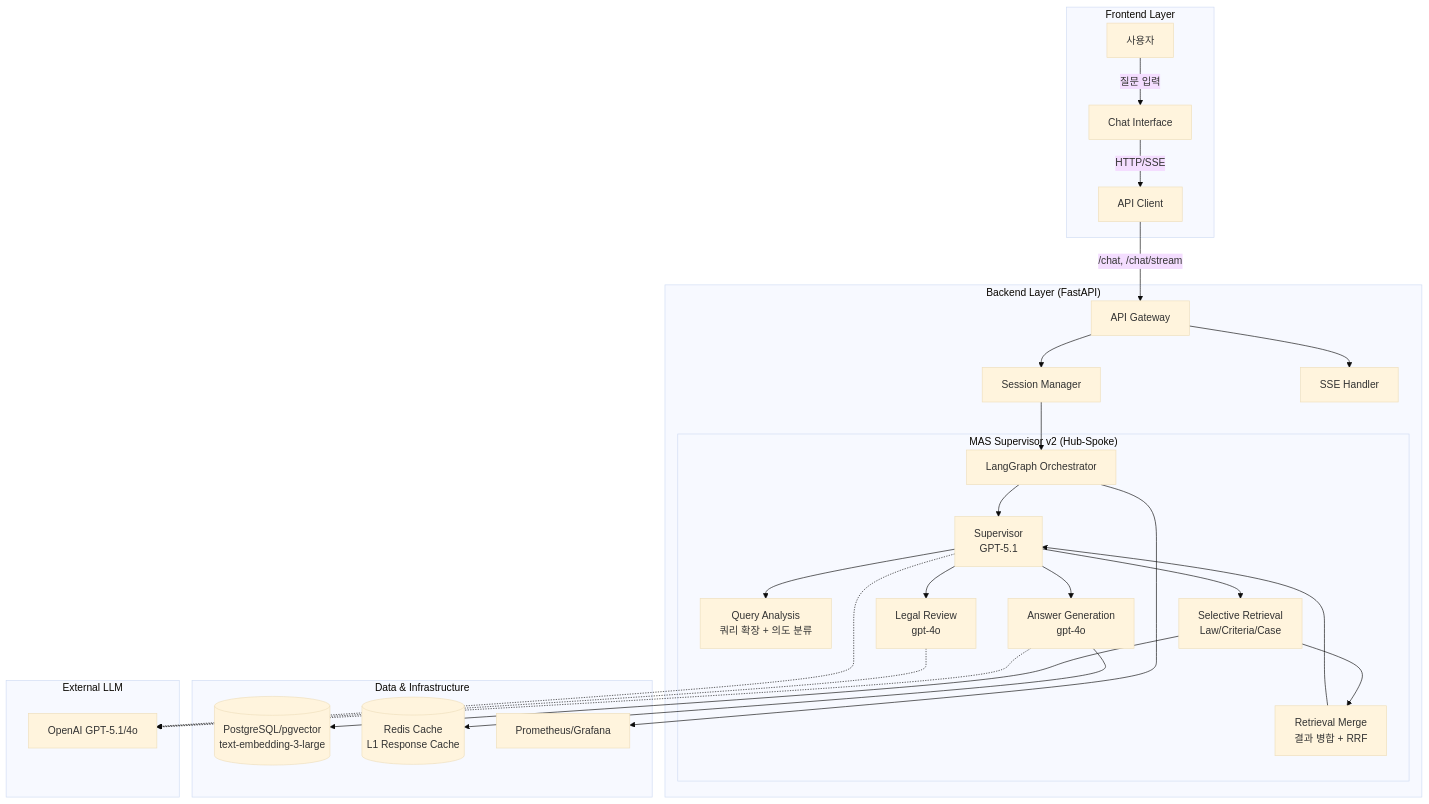
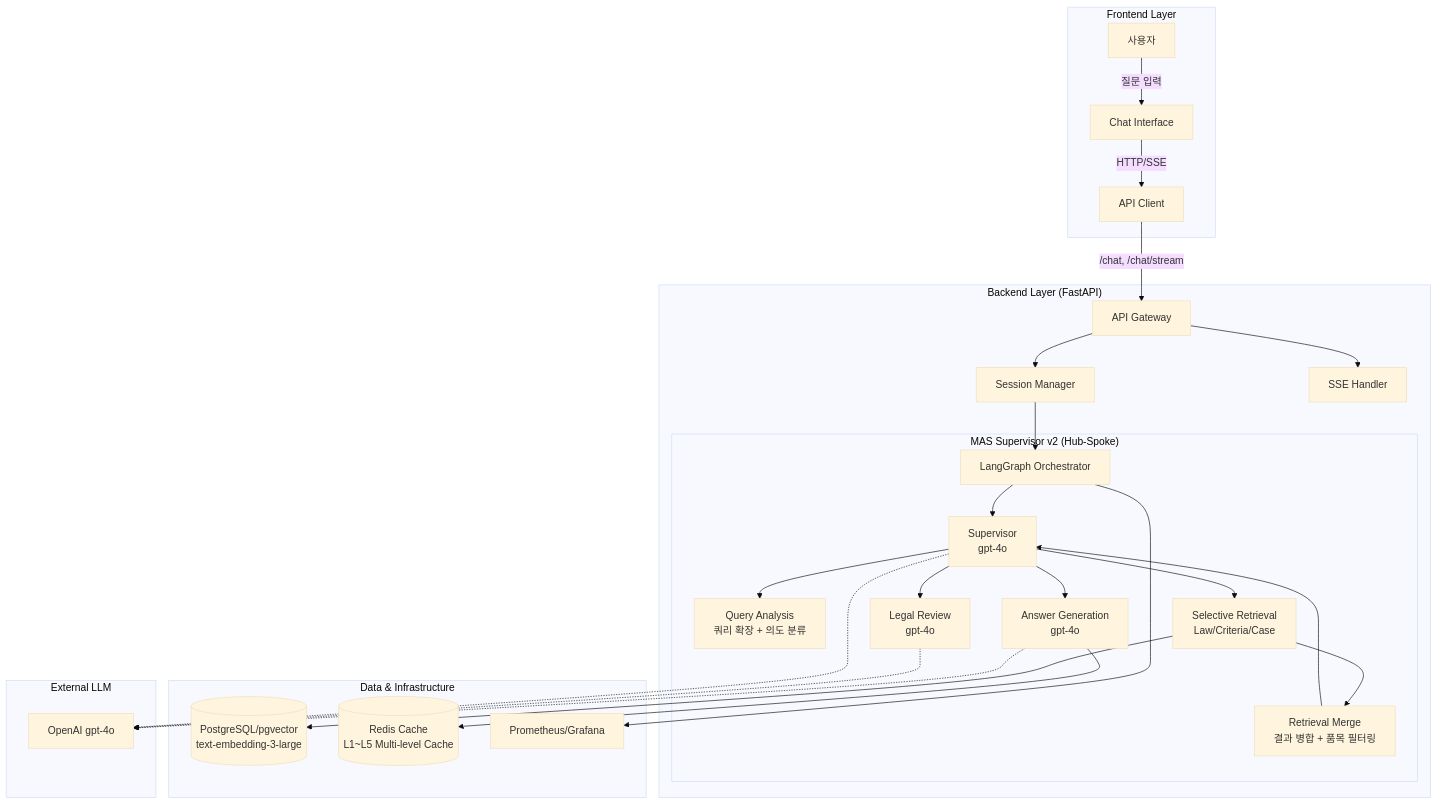
Before and after one commit to Maroco0109/Ddoksori: the first of 2 diagrams in README.md, drawn with Mermaid (base theme). The commit also changed other lines of this file and 13 other files, not shown here.

````diff
--- a/README.md
+++ b/README.md
@@ -120,36 +122,36 @@
 ```mermaid
 graph TB
     subgraph "Frontend Layer"
         A[사용자] -->|질문 입력| B[Chat Interface]
         B -->|HTTP/SSE| C[API Client]
     end
 
     subgraph "Backend Layer (FastAPI)"
         C -->|/chat, /chat/stream| D[API Gateway]
         D --> E[Session Manager]
         D --> F[SSE Handler]
         E --> G[LangGraph Orchestrator]
 
         subgraph "MAS Supervisor v2 (Hub-Spoke)"
-            G --> SUP[Supervisor<br/>GPT-5.1]
+            G --> SUP[Supervisor<br/>gpt-4o]
             SUP --> H[Query Analysis<br/>쿼리 확장 + 의도 분류]
             SUP --> I[Selective Retrieval<br/>Law/Criteria/Case]
-            I --> RM[Retrieval Merge<br/>결과 병합 + RRF]
+            I --> RM[Retrieval Merge<br/>결과 병합 + 품목 필터링]
             RM --> SUP
             SUP --> J[Answer Generation<br/>gpt-4o]
             SUP --> K[Legal Review<br/>gpt-4o]
         end
     end
 
     subgraph "Data & Infrastructure"
         I --> L[(PostgreSQL/pgvector<br/>text-embedding-3-large)]
-        J --> M[(Redis Cache<br/>L1 Response Cache)]
+        J --> M[(Redis Cache<br/>L1~L5 Multi-level Cache)]
         G --> O[Prometheus/Grafana]
     end
 
     subgraph "External LLM"
-        J -.-> P[OpenAI GPT-5.1/4o]
+        J -.-> P[OpenAI gpt-4o]
         K -.-> P
         SUP -.-> P
     end
 ```
````
